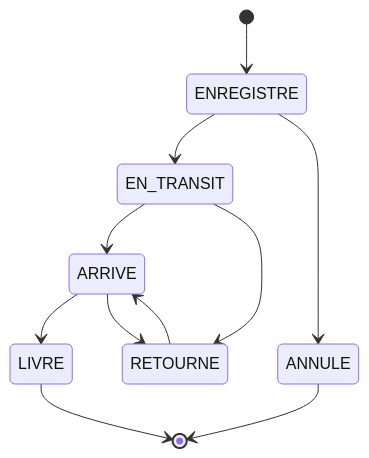
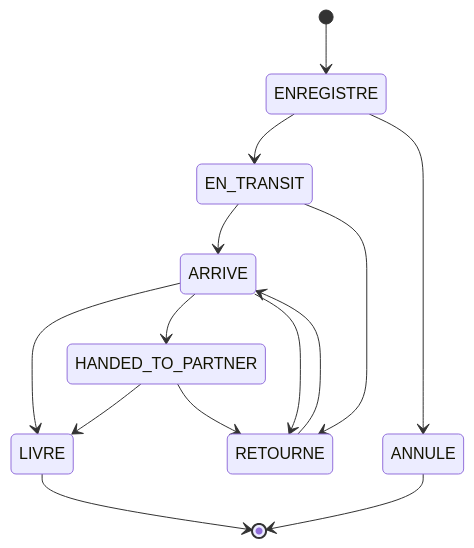
The second of 6 diagrams in docs/03-modele-de-donnees.md (bmgroup988-pixel/okapi-logistics), drawn with Mermaid before and after one commit. The commit also changed other lines of this file and 31 other files, not shown here.

````diff
--- a/docs/03-modele-de-donnees.md
+++ b/docs/03-modele-de-donnees.md
@@ -114,13 +120,16 @@
 ```mermaid
 stateDiagram-v2
     [*] --> ENREGISTRE
     ENREGISTRE --> EN_TRANSIT
     ENREGISTRE --> ANNULE
     EN_TRANSIT --> ARRIVE
     EN_TRANSIT --> RETOURNE
     ARRIVE --> LIVRE
+    ARRIVE --> HANDED_TO_PARTNER
     ARRIVE --> RETOURNE
+    HANDED_TO_PARTNER --> LIVRE
+    HANDED_TO_PARTNER --> RETOURNE
     RETOURNE --> ARRIVE
     LIVRE --> [*]
     ANNULE --> [*]
 ```
````
